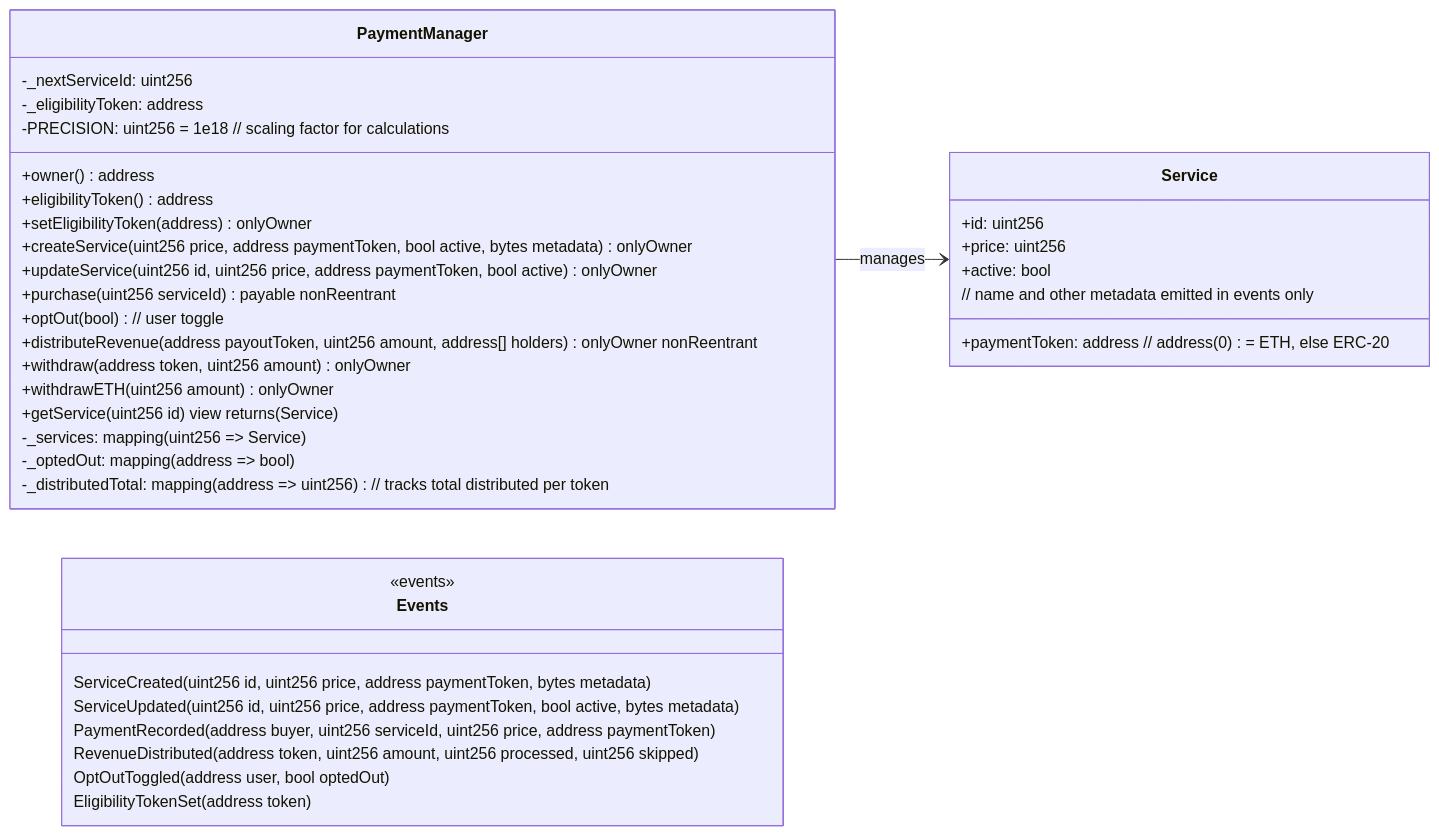
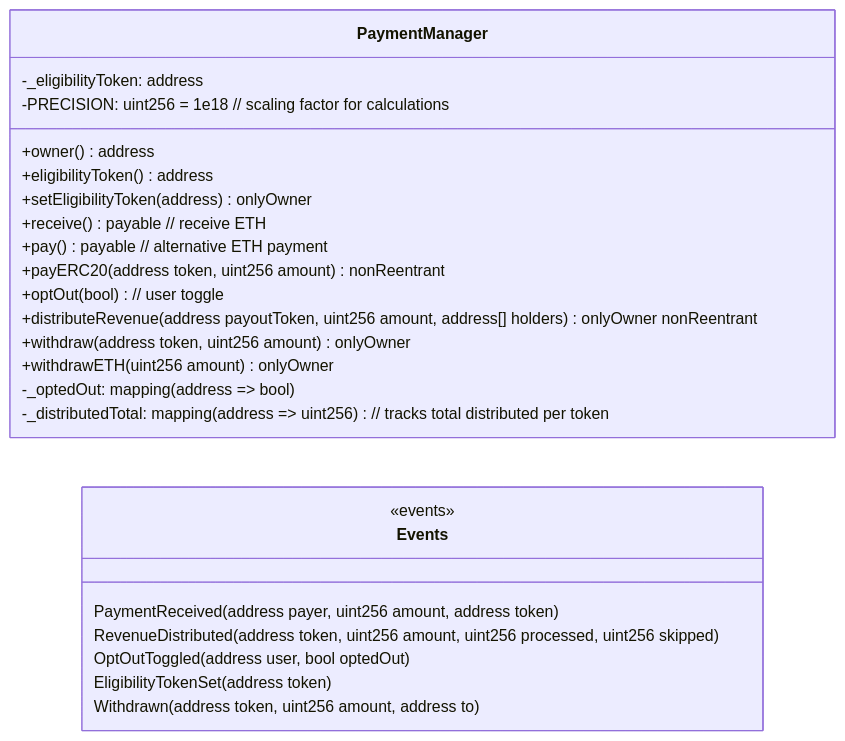
One commit to PerpetualOrganizationArchitect/POP changed the first of 4 diagrams in PaymentManager-TechnicalSpec.md. Above: the diagram before and after it, drawn with Mermaid. The commit also changed other lines of this file, not shown here.

First line of the commit message:
Refactor: Remove services, simplify to direct payment acceptance

````diff
--- a/PaymentManager-TechnicalSpec.md
+++ b/PaymentManager-TechnicalSpec.md
@@ -152,44 +148,30 @@
 ```mermaid
 classDiagram
     direction LR
 
     class PaymentManager {
       +owner() address
       +eligibilityToken() address
       +setEligibilityToken(address) onlyOwner
-      +createService(uint256 price, address paymentToken, bool active, bytes metadata) onlyOwner
-      +updateService(uint256 id, uint256 price, address paymentToken, bool active) onlyOwner
-      +purchase(uint256 serviceId) payable nonReentrant
+      +receive() payable  // receive ETH
+      +pay() payable  // alternative ETH payment
+      +payERC20(address token, uint256 amount) nonReentrant
       +optOut(bool)  // user toggle
       +distributeRevenue(address payoutToken, uint256 amount, address[] holders) onlyOwner nonReentrant
       +withdraw(address token, uint256 amount) onlyOwner
       +withdrawETH(uint256 amount) onlyOwner
-      +getService(uint256 id) view returns (Service)
-      -_services: mapping(uint256 => Service)
-      -_nextServiceId: uint256
       -_optedOut: mapping(address => bool)
       -_eligibilityToken: address
       -_distributedTotal: mapping(address => uint256)  // tracks total distributed per token
       -PRECISION: uint256 = 1e18  // scaling factor for calculations
     }
-
-    class Service {
-      +id: uint256
-      +price: uint256
-      +paymentToken: address  // address(0) = ETH, else ERC-20
-      +active: bool
-      // name and other metadata emitted in events only
-    }
-
-    PaymentManager --> Service : manages
     
     class Events {
       <<events>>
-      ServiceCreated(uint256 id, uint256 price, address paymentToken, bytes metadata)
-      ServiceUpdated(uint256 id, uint256 price, address paymentToken, bool active, bytes metadata)
-      PaymentRecorded(address buyer, uint256 serviceId, uint256 price, address paymentToken)
+      PaymentReceived(address payer, uint256 amount, address token)
       RevenueDistributed(address token, uint256 amount, uint256 processed, uint256 skipped)
       OptOutToggled(address user, bool optedOut)
       EligibilityTokenSet(address token)
+      Withdrawn(address token, uint256 amount, address to)
     }
 ```
````
